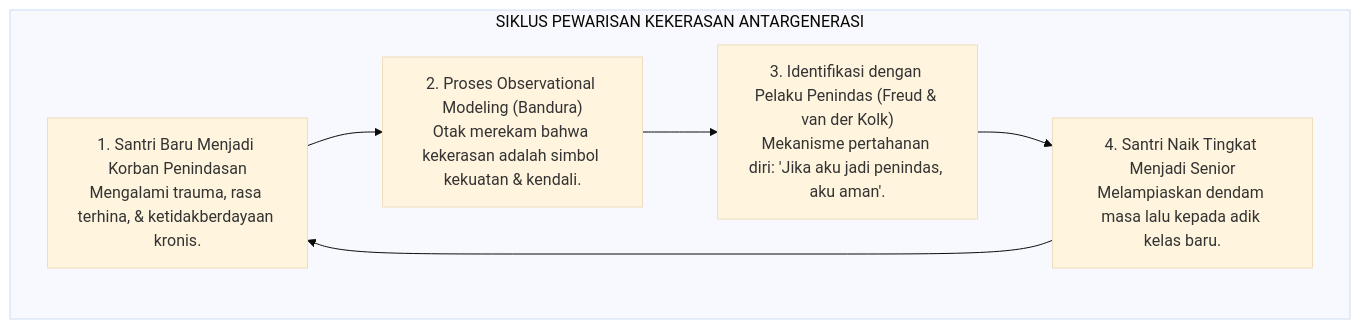
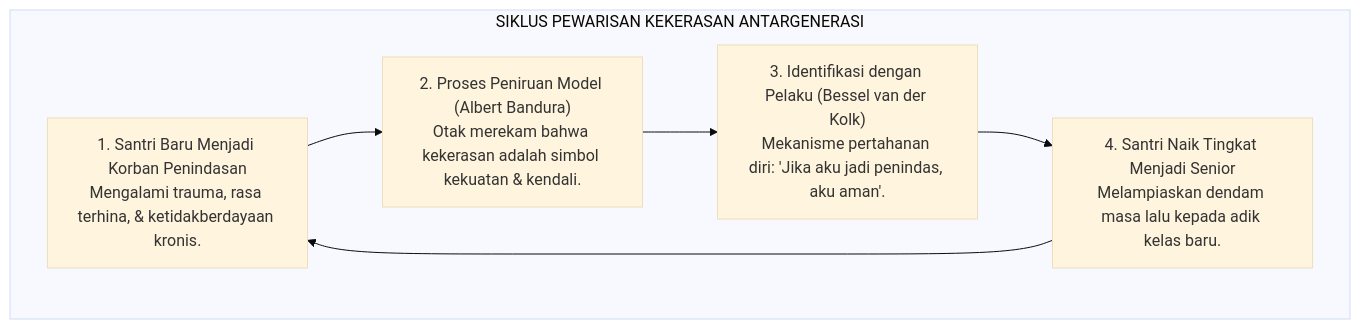
Before and after one commit to wandiapriliyandi/tumbuh: the fourth of 5 diagrams in BOOK-SERIES/Volume-01/Bab-01-Krisis-Karakter-dan-Urgensi-Rekonstruksi/02-Fenomenologi-Kekerasan-dan-Senioritas-Feodal.md, drawn with Mermaid (base theme). The commit also changed other lines of this file and 4 other files, not shown here.

````diff
--- a/BOOK-SERIES/Volume-01/Bab-01-Krisis-Karakter-dan-Urgensi-Rekonstruksi/02-Fenomenologi-Kekerasan-dan-Senioritas-Feodal.md
+++ b/BOOK-SERIES/Volume-01/Bab-01-Krisis-Karakter-dan-Urgensi-Rekonstruksi/02-Fenomenologi-Kekerasan-dan-Senioritas-Feodal.md
@@ -118,14 +96,14 @@
 ```mermaid
 graph TD
     subgraph SiklusDendam["SIKLUS PEWARISAN KEKERASAN ANTARGENERASI"]
         Korban["1. Santri Baru Menjadi Korban Penindasan<br/>Mengalami trauma, rasa terhina, & ketidakberdayaan kronis."]
         
-        Modeling["2. Proses Observational Modeling (Bandura)<br/>Otak merekam bahwa kekerasan adalah simbol kekuatan & kendali."]
+        Modeling["2. Proses Peniruan Model (Albert Bandura)<br/>Otak merekam bahwa kekerasan adalah simbol kekuatan & kendali."]
         
-        Identifikasi["3. Identifikasi dengan Pelaku Penindas (Freud & van der Kolk)<br/>Mekanisme pertahanan diri: 'Jika aku jadi penindas, aku aman'."]
+        Identifikasi["3. Identifikasi dengan Pelaku (Bessel van der Kolk)<br/>Mekanisme pertahanan diri: 'Jika aku jadi penindas, aku aman'."]
         
         Pelaku["4. Santri Naik Tingkat Menjadi Senior<br/>Melampiaskan dendam masa lalu kepada adik kelas baru."]
         
         Korban --> Modeling --> Identifikasi --> Pelaku --> Korban
     end
 ```
````
